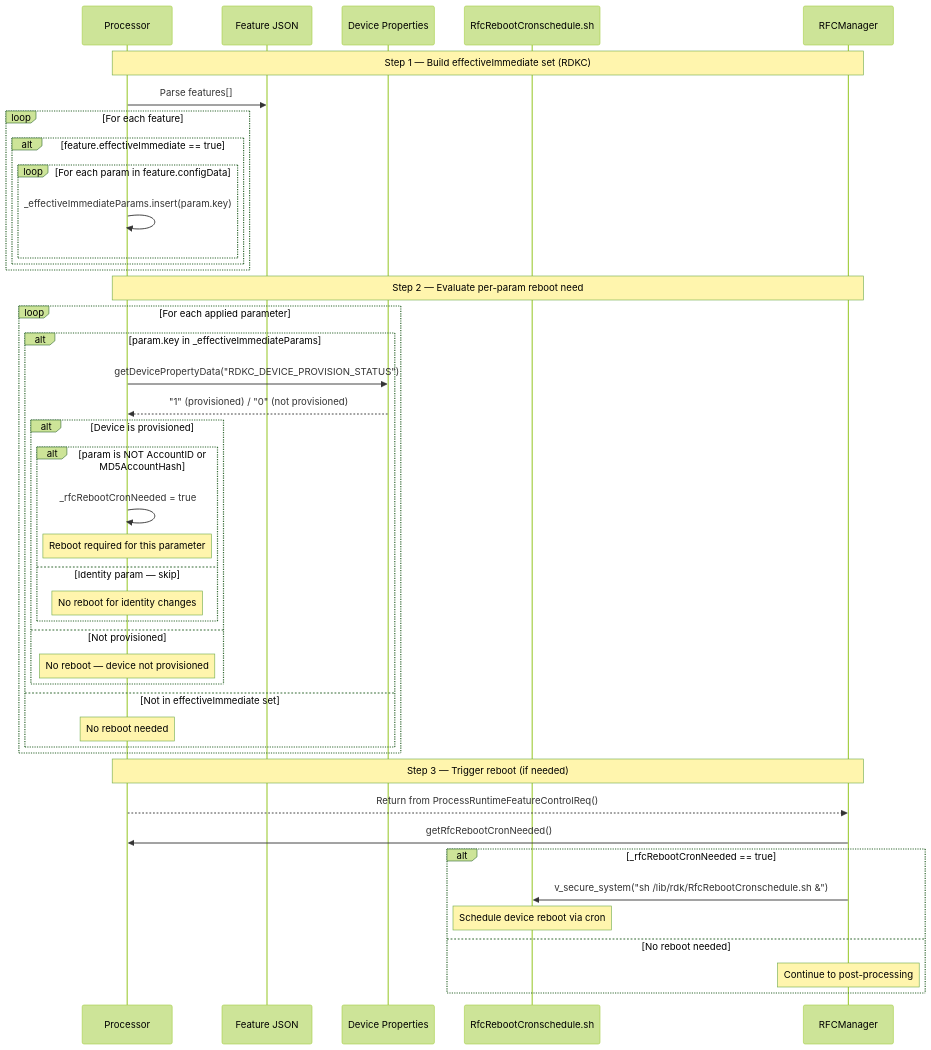
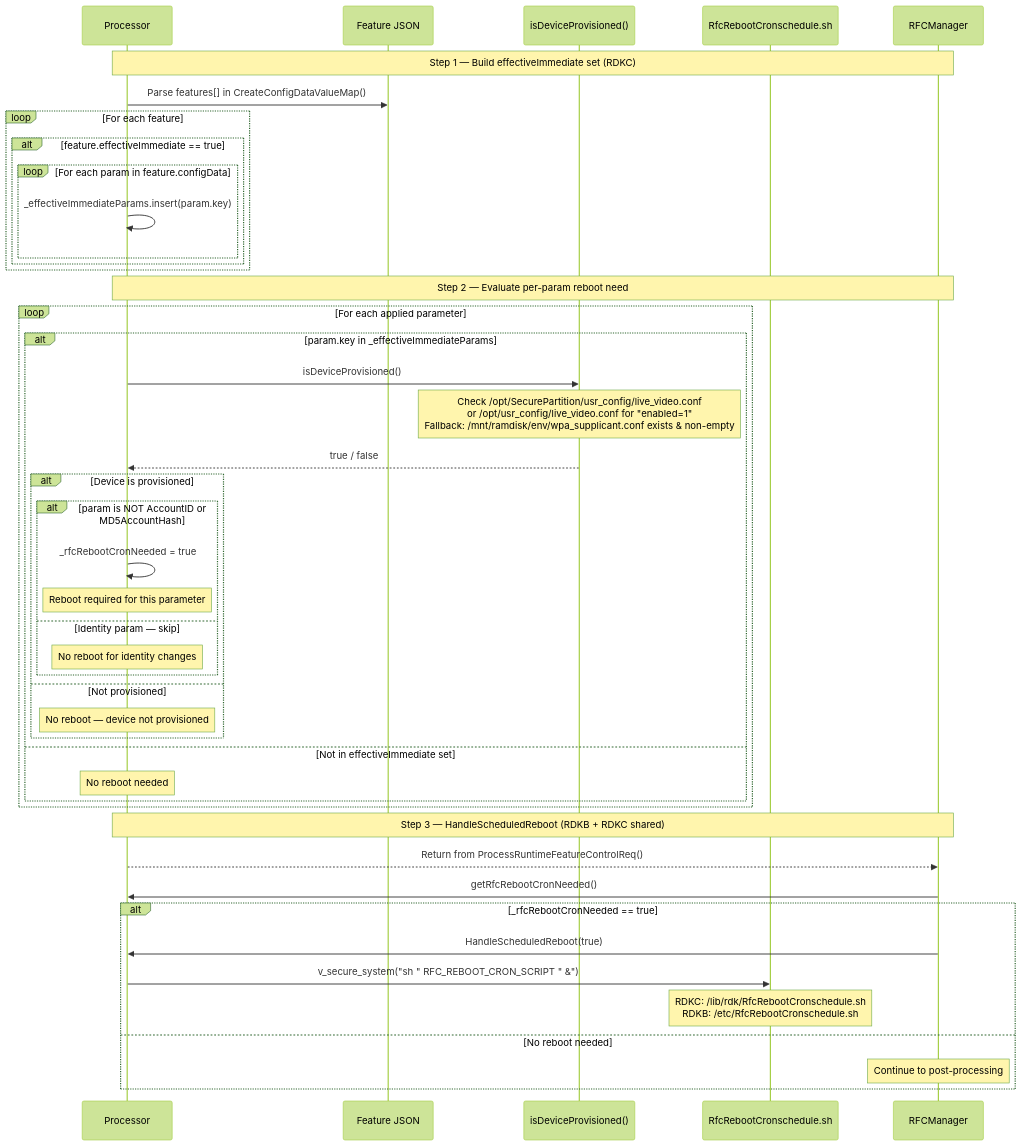
The eighth of 9 diagrams in docs/sequence-diagrams.md (rdkcentral/rfc), drawn with Mermaid (forest theme) before and after one commit. The commit also changed other lines of this file and 3 other files, not shown here.

````diff
--- a/docs/sequence-diagrams.md
+++ b/docs/sequence-diagrams.md
@@ -386,50 +371,52 @@
 ```mermaid
 sequenceDiagram
     participant Proc as Processor
     participant JSON as Feature JSON
-    participant Device as Device Properties
+    participant Prov as isDeviceProvisioned()
     participant Cron as RfcRebootCronschedule.sh
     participant MGR as RFCManager
 
     Note over Proc,MGR: Step 1 — Build effectiveImmediate set (RDKC)
-    Proc->>JSON: Parse features[]
+    Proc->>JSON: Parse features[] in CreateConfigDataValueMap()
     loop For each feature
         alt feature.effectiveImmediate == true
             loop For each param in feature.configData
                 Proc->>Proc: _effectiveImmediateParams.insert(param.key)
             end
         end
     end
 
     Note over Proc,MGR: Step 2 — Evaluate per-param reboot need
     loop For each applied parameter
         alt param.key in _effectiveImmediateParams
-            Proc->>Device: getDevicePropertyData("RDKC_DEVICE_PROVISION_STATUS")
-            Device-->>Proc: "1" (provisioned) / "0" (not provisioned)
+            Proc->>Prov: isDeviceProvisioned()
+            Note over Prov: Check /opt/SecurePartition/usr_config/live_video.conf<br/>or /opt/usr_config/live_video.conf for "enabled=1"<br/>Fallback: /mnt/ramdisk/env/wpa_supplicant.conf exists & non-empty
+            Prov-->>Proc: true / false
             
             alt Device is provisioned
                 alt param is NOT AccountID or MD5AccountHash
                     Proc->>Proc: _rfcRebootCronNeeded = true
                     Note over Proc: Reboot required for this parameter
                 else Identity param — skip
                     Note over Proc: No reboot for identity changes
                 end
             else Not provisioned
                 Note over Proc: No reboot — device not provisioned
             end
         else Not in effectiveImmediate set
             Note over Proc: No reboot needed
         end
     end
 
-    Note over Proc,MGR: Step 3 — Trigger reboot (if needed)
+    Note over Proc,MGR: Step 3 — HandleScheduledReboot (RDKB + RDKC shared)
     Proc-->>MGR: Return from ProcessRuntimeFeatureControlReq()
     MGR->>Proc: getRfcRebootCronNeeded()
     
     alt _rfcRebootCronNeeded == true
-        MGR->>Cron: v_secure_system("sh /lib/rdk/RfcRebootCronschedule.sh &")
-        Note over Cron: Schedule device reboot via cron
+        MGR->>Proc: HandleScheduledReboot(true)
+        Proc->>Cron: v_secure_system("sh " RFC_REBOOT_CRON_SCRIPT " &")
+        Note over Cron: RDKC: /lib/rdk/RfcRebootCronschedule.sh<br/>RDKB: /etc/RfcRebootCronschedule.sh
     else No reboot needed
         Note over MGR: Continue to post-processing
     end
 ```
````
